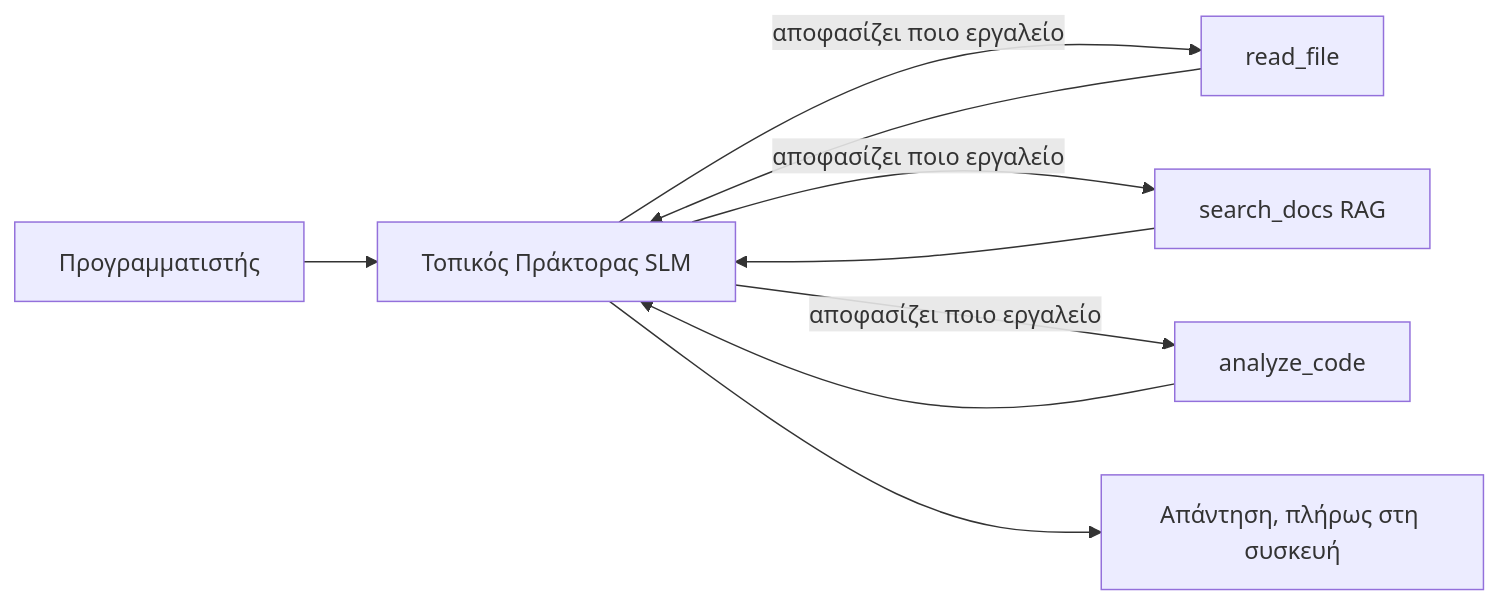
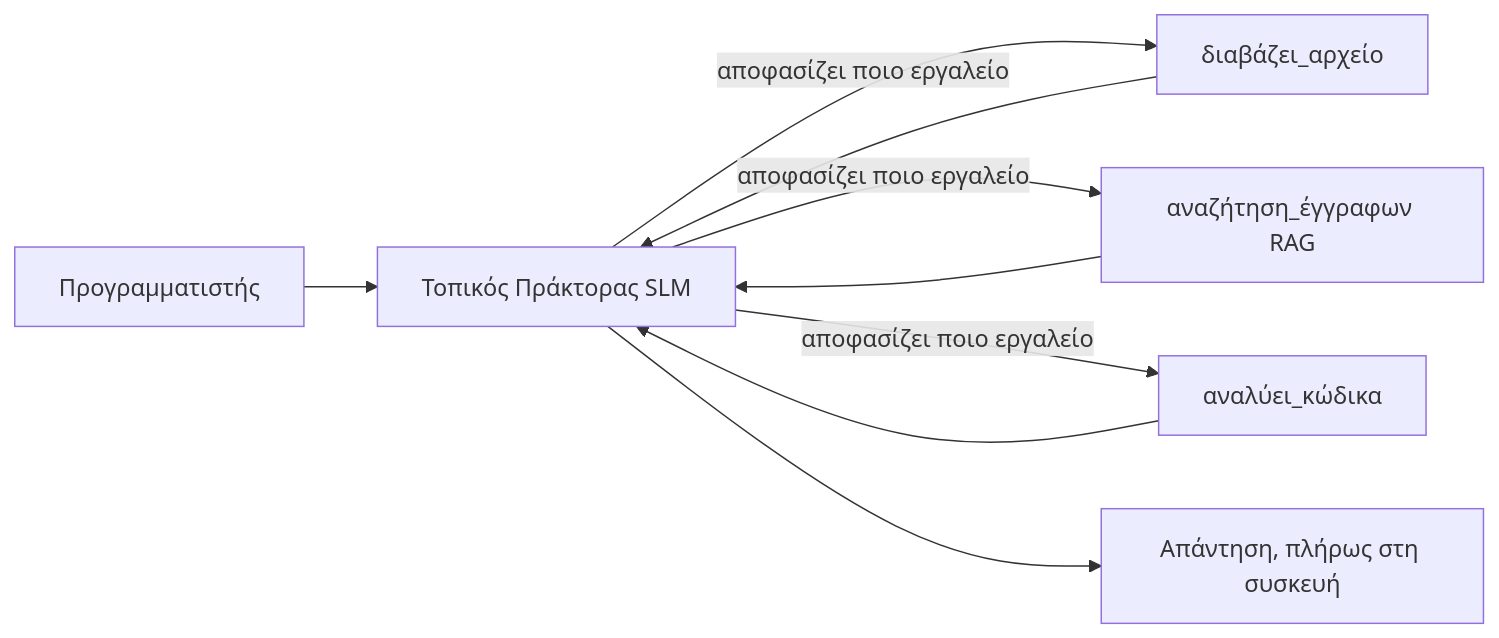
Before and after one commit to microsoft/ai-agents-for-beginners: the first of 4 diagrams in translations/el/17-creating-local-ai-agents/README.md, drawn with Mermaid. The commit also changed other lines of this file and 46 other files, not shown here.

````diff
--- a/translations/el/17-creating-local-ai-agents/README.md
+++ b/translations/el/17-creating-local-ai-agents/README.md
@@ -66,11 +66,11 @@
 ```mermaid
 flowchart LR
     U[Προγραμματιστής] --> A[Τοπικός Πράκτορας SLM]
-    A -->|αποφασίζει ποιο εργαλείο| T1[read_file]
-    A -->|αποφασίζει ποιο εργαλείο| T2[search_docs RAG]
-    A -->|αποφασίζει ποιο εργαλείο| T3[analyze_code]
+    A -->|αποφασίζει ποιο εργαλείο| T1[διαβάζει_αρχείο]
+    A -->|αποφασίζει ποιο εργαλείο| T2[αναζήτηση_έγγραφων RAG]
+    A -->|αποφασίζει ποιο εργαλείο| T3[αναλύει_κώδικα]
     T1 --> A
     T2 --> A
     T3 --> A
     A --> R[Απάντηση, πλήρως στη συσκευή]
 ```
````
